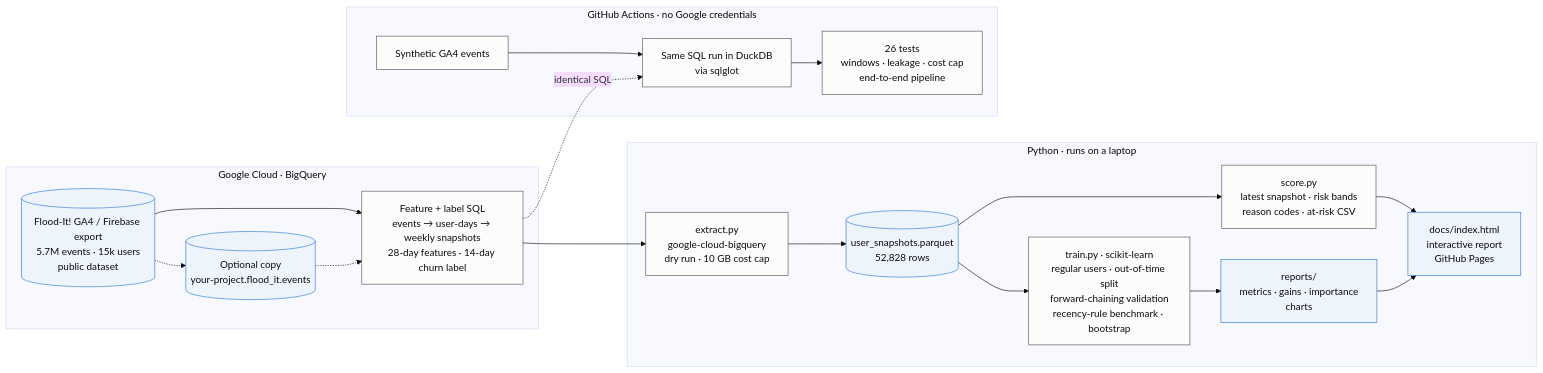
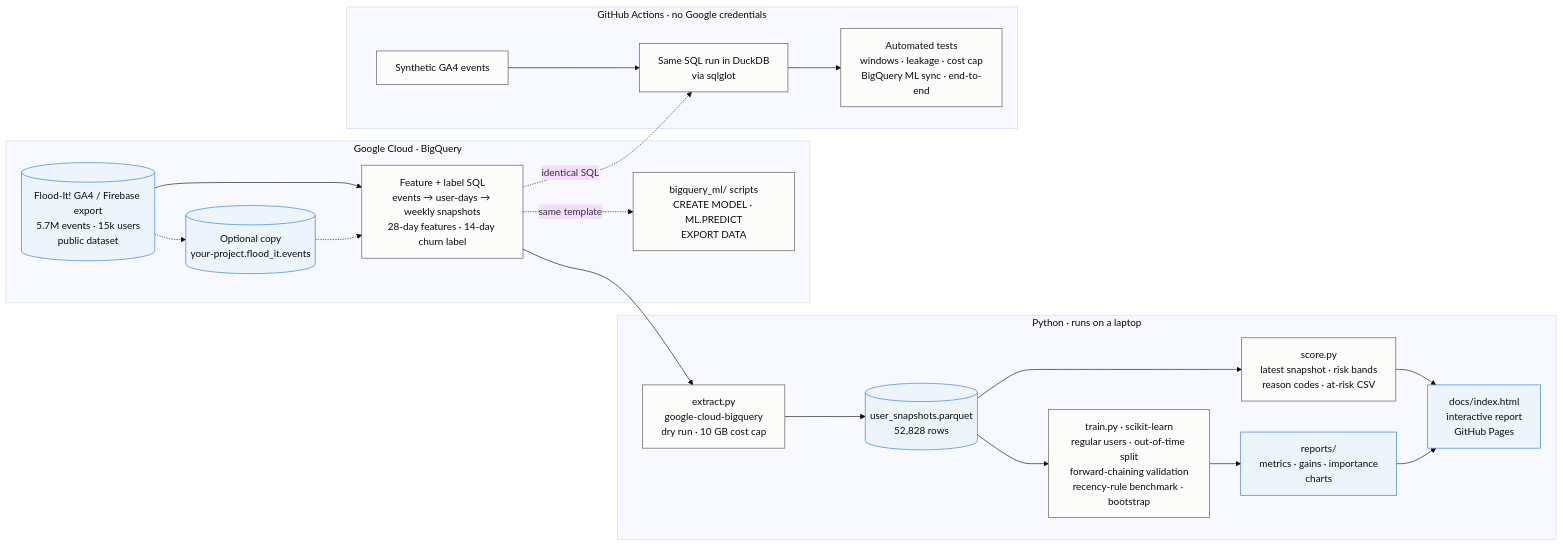
Before and after one commit to farooqfaraz2024/app-engagement-churn: the first of 2 diagrams in README.md, drawn with Mermaid (base theme). The commit also changed other lines of this file and 10 other files, not shown here.

First line of the commit message:
Add BigQuery ML version: train, score and export scripts

````diff
--- a/README.md
+++ b/README.md
@@ -94,38 +134,40 @@
 ```mermaid
 flowchart LR
     subgraph GCP["Google Cloud · BigQuery"]
         RAW[("Flood-It! GA4 / Firebase export<br/>5.7M events · 15k users<br/>public dataset")]
         COPY[("Optional copy<br/>your-project.flood_it.events")]
         SQL["Feature + label SQL<br/>events → user-days → weekly snapshots<br/>28-day features · 14-day churn label"]
+        BQML["bigquery_ml/ scripts<br/>CREATE MODEL · ML.PREDICT<br/>EXPORT DATA"]
         RAW -.-> COPY
         RAW --> SQL
         COPY -.-> SQL
     end
 
     subgraph PY["Python · runs on a laptop"]
         EXT["extract.py<br/>google-cloud-bigquery<br/>dry run · 10 GB cost cap"]
         PQ[("user_snapshots.parquet<br/>52,828 rows")]
         TRAIN["train.py · scikit-learn<br/>regular users · out-of-time split<br/>forward-chaining validation<br/>recency-rule benchmark · bootstrap"]
         REP["reports/<br/>metrics · gains · importance<br/>charts"]
         SCORE["score.py<br/>latest snapshot · risk bands<br/>reason codes · at-risk CSV"]
         HTML["docs/index.html<br/>interactive report<br/>GitHub Pages"]
         EXT --> PQ --> TRAIN --> REP
         PQ --> SCORE --> HTML
         REP --> HTML
     end
 
     subgraph CI["GitHub Actions · no Google credentials"]
         SYN["Synthetic GA4 events"]
         DUCK["Same SQL run in DuckDB<br/>via sqlglot"]
-        TESTS["26 tests<br/>windows · leakage · cost cap<br/>end-to-end pipeline"]
+        TESTS["Automated tests<br/>windows · leakage · cost cap<br/>BigQuery ML sync · end-to-end"]
         SYN --> DUCK --> TESTS
     end
 
     SQL --> EXT
+    SQL -. "same template" .-> BQML
     SQL -. "identical SQL" .-> DUCK
 
     classDef store fill:#eef4fc,stroke:#2a78d6,color:#0b0b0b
     classDef step fill:#fcfcfb,stroke:#52514e,color:#0b0b0b
     class RAW,COPY,PQ,REP,HTML store
-    class SQL,EXT,TRAIN,SCORE,SYN,DUCK,TESTS step
+    class SQL,BQML,EXT,TRAIN,SCORE,SYN,DUCK,TESTS step
 ```
````
